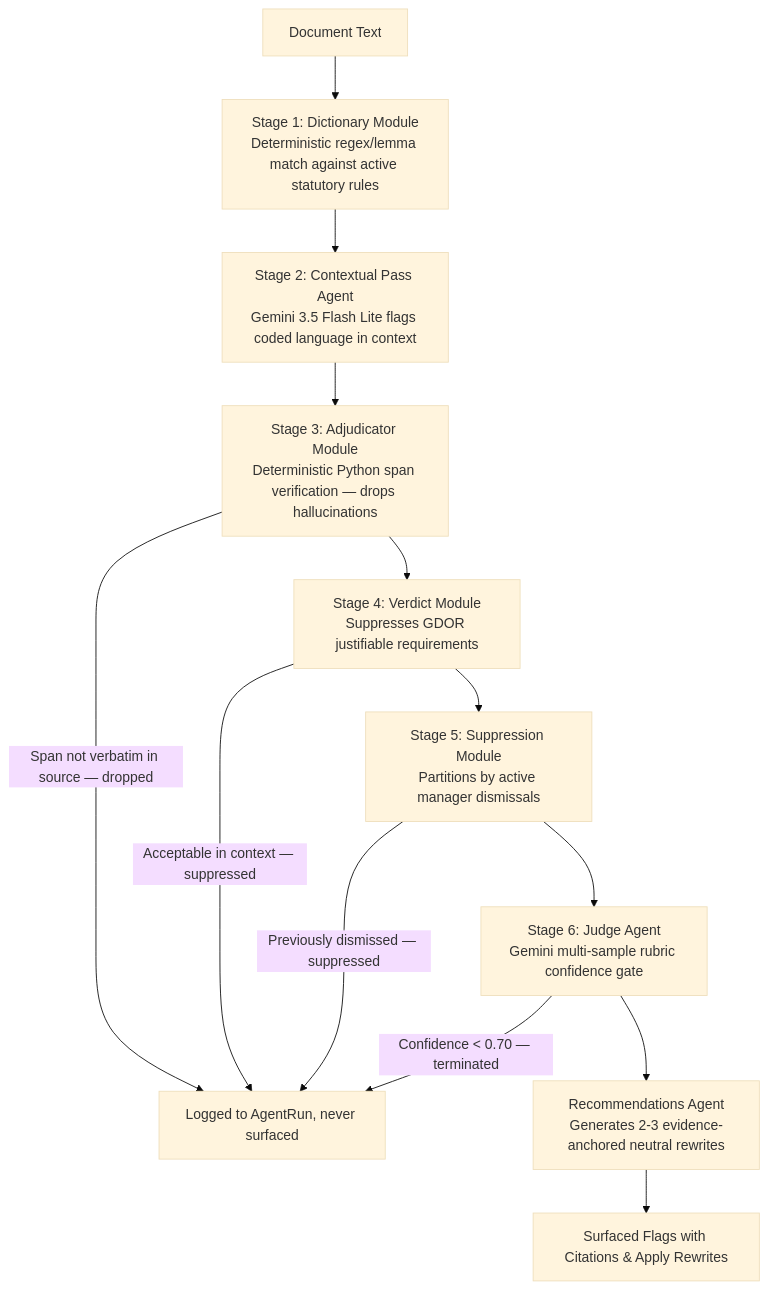
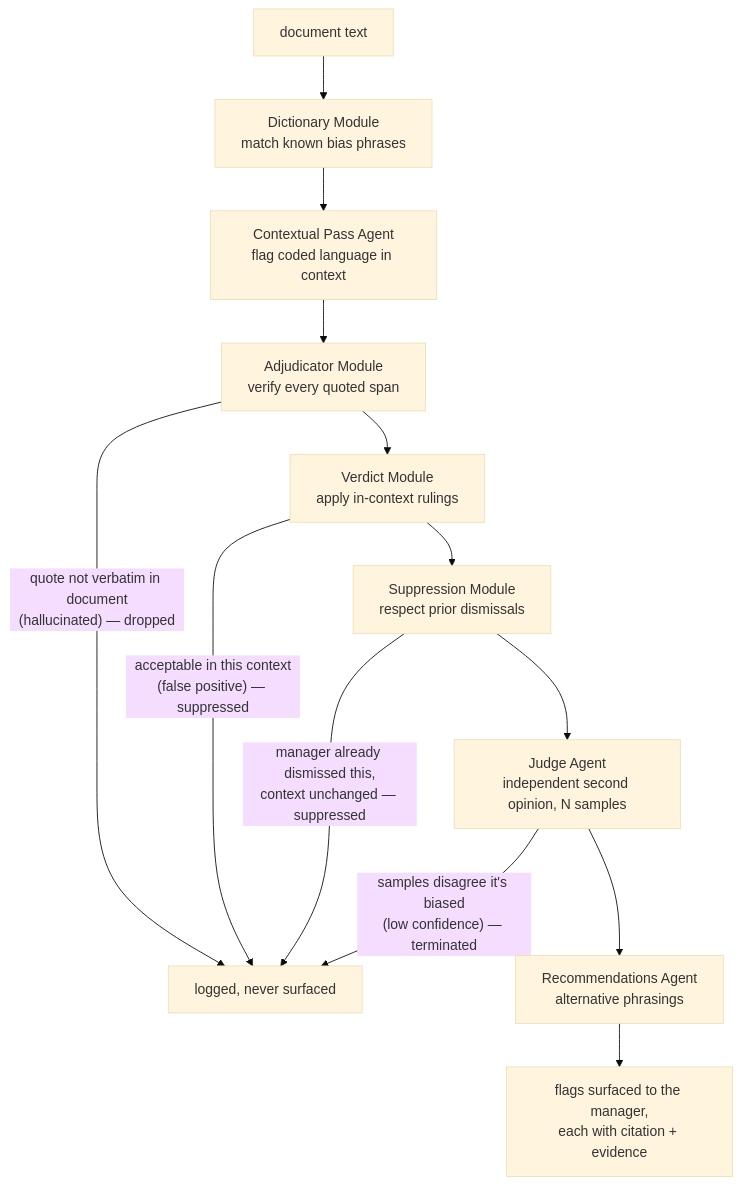
One commit to sm-daniyal/patternSpecular changed the first of 2 diagrams in README.md. Above: the diagram before and after it, drawn with Mermaid (base theme). The commit also changed other lines of this file and 1 other file, not shown here.

Commit message:
docs: modernize README engineering spec and add comprehensive study guide and roadmap

````diff
--- a/README.md
+++ b/README.md
@@ -39,15 +79,15 @@
 ```mermaid
 flowchart TB
-    T[Document Text] --> D[Stage 1: Dictionary Module<br/>Deterministic regex/lemma match against active statutory rules]
-    D --> C[Stage 2: Contextual Pass Agent<br/>Gemini 3.5 Flash Lite flags coded language in context]
-    C --> A[Stage 3: Adjudicator Module<br/>Deterministic Python span verification — drops hallucinations]
-    A -- "Span not verbatim in source — dropped" --> X1[Logged to AgentRun, never surfaced]
-    A --> V[Stage 4: Verdict Module<br/>Suppresses GDOR justifiable requirements]
-    V -- "Acceptable in context — suppressed" --> X1
-    V --> S[Stage 5: Suppression Module<br/>Partitions by active manager dismissals]
-    S -- "Previously dismissed — suppressed" --> X1
-    S --> J[Stage 6: Judge Agent<br/>Gemini multi-sample rubric confidence gate]
-    J -- "Confidence < 0.70 — terminated" --> X1
-    J --> R[Recommendations Agent<br/>Generates 2-3 evidence-anchored neutral rewrites]
-    R --> OUT[Surfaced Flags with Citations & Apply Rewrites]
+    T[document text] --> D[Dictionary Module<br/>match known bias phrases]
+    D --> C[Contextual Pass Agent<br/>flag coded language in context]
+    C --> A[Adjudicator Module<br/>verify every quoted span]
+    A -- "quote not verbatim in document<br/>(hallucinated) — dropped" --> X1[logged, never surfaced]
+    A --> V[Verdict Module<br/>apply in-context rulings]
+    V -- "acceptable in this context<br/>(false positive) — suppressed" --> X1
+    V --> S[Suppression Module<br/>respect prior dismissals]
+    S -- "manager already dismissed this,<br/>context unchanged — suppressed" --> X1
+    S --> J[Judge Agent<br/>independent second opinion, N samples]
+    J -- "samples disagree it's biased<br/>(low confidence) — terminated" --> X1
+    J --> R[Recommendations Agent<br/>alternative phrasings]
+    R --> OUT[flags surfaced to the manager,<br/>each with citation + evidence]
 ```
````
